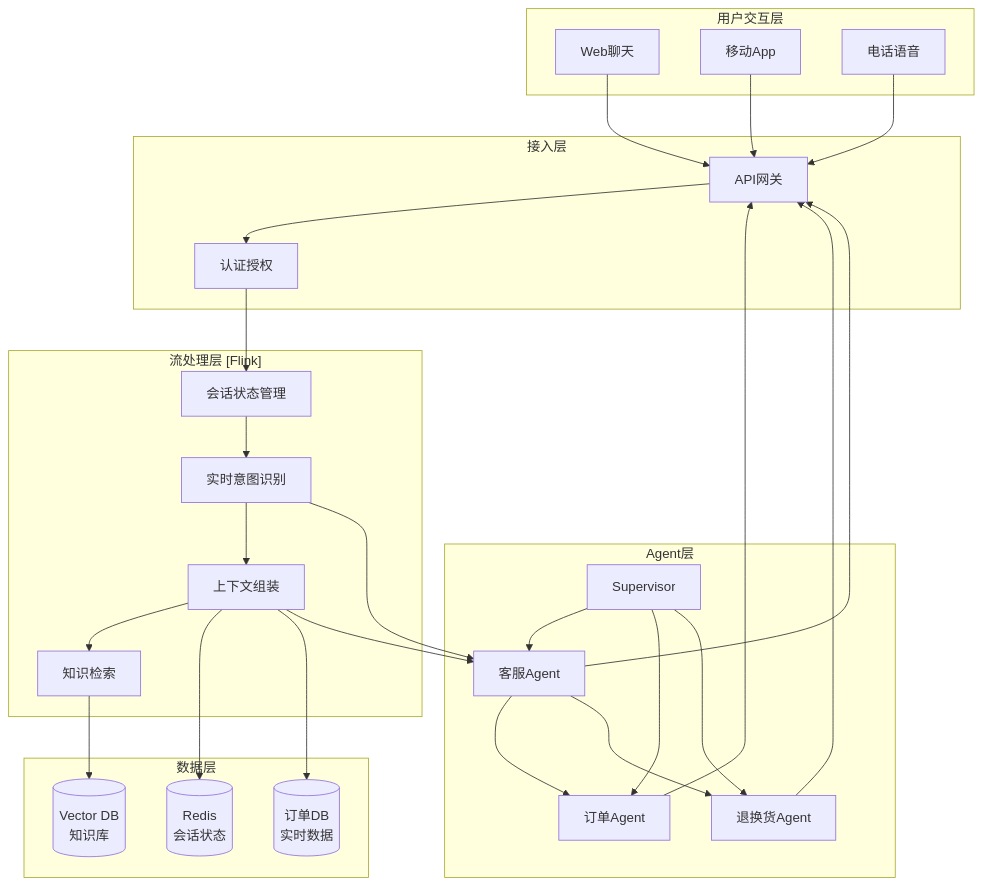
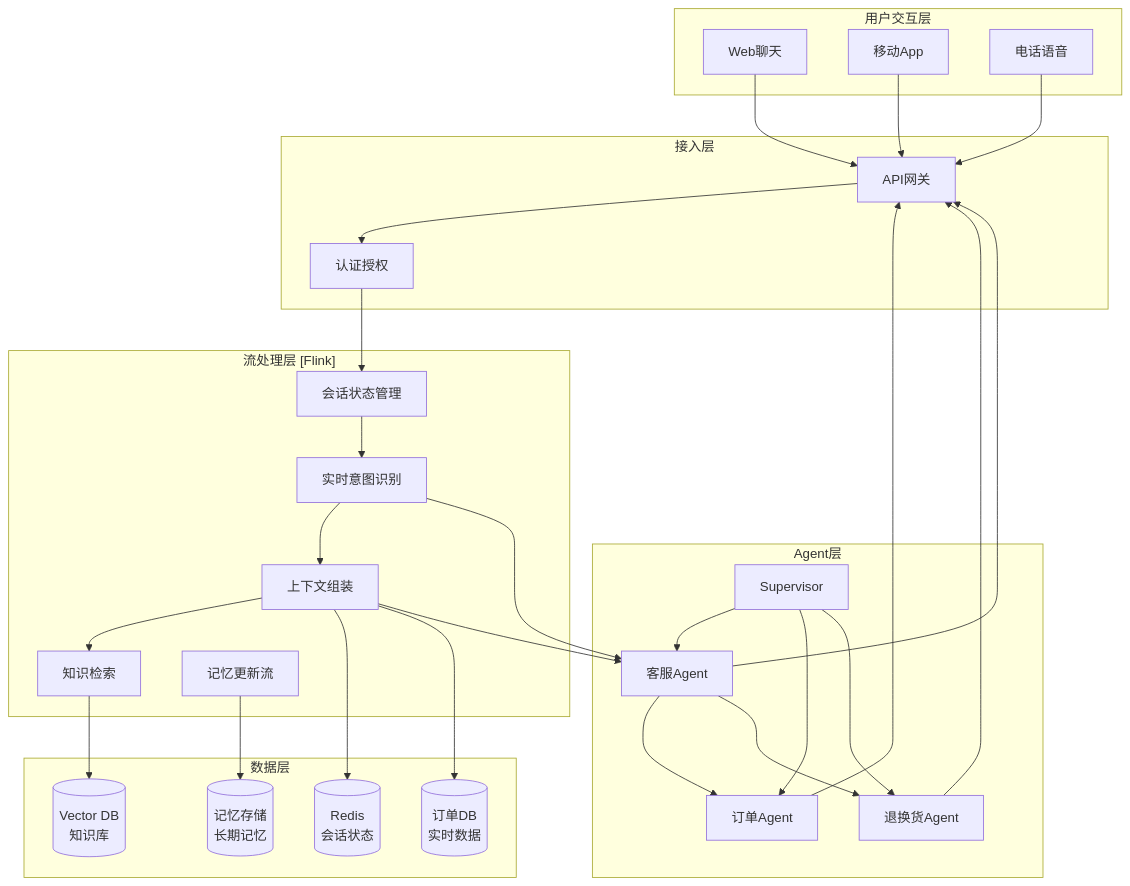
Diagram 11 of 18 in Knowledge/06-frontier/ai-agent-streaming-architecture.md (AdaMartin18010/AnalysisDataFlow), drawn with Mermaid before and after one commit. The commit also changed other lines of this file and 202 other files, not shown here.

````diff
--- a/Knowledge/06-frontier/ai-agent-streaming-architecture.md
+++ b/Knowledge/06-frontier/ai-agent-streaming-architecture.md
@@ -741,58 +1013,61 @@
 ```mermaid
 graph TB
     subgraph "用户交互层"
         U1[Web聊天]
         U2[移动App]
         U3[电话语音]
     end
 
     subgraph "接入层"
         GW[API网关]
         AUTH[认证授权]
     end
 
     subgraph "流处理层 [Flink]"
         F1[会话状态管理]
         F2[实时意图识别]
         F3[上下文组装]
         F4[知识检索]
+        F5[记忆更新流]
     end
 
     subgraph "Agent层"
         A1[客服Agent]
         A2[订单Agent]
         A3[退换货Agent]
         A4[Supervisor]
     end
 
     subgraph "数据层"
         D1[(Vector DB<br/>知识库)]
         D2[(Redis<br/>会话状态)]
         D3[(订单DB<br/>实时数据)]
+        D4[(记忆存储<br/>长期记忆)]
     end
 
     U1 --> GW
     U2 --> GW
     U3 --> GW
     GW --> AUTH
     AUTH --> F1
 
     F1 --> F2
     F2 --> F3
     F3 --> F4
     F4 --> D1
     F3 --> D2
     F3 --> D3
+    F5 --> D4
 
     F2 --> A1
     F3 --> A1
     A1 --> A2
     A1 --> A3
     A4 --> A1
     A4 --> A2
     A4 --> A3
 
     A1 --> GW
     A2 --> GW
     A3 --> GW
 ```
````
